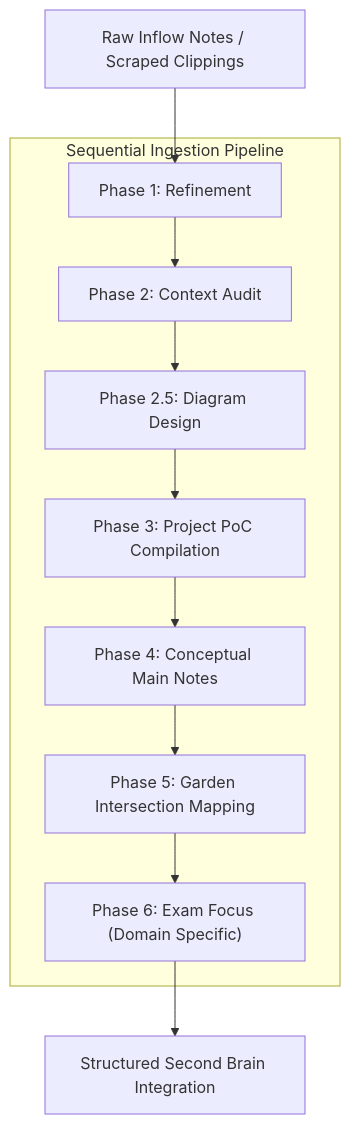
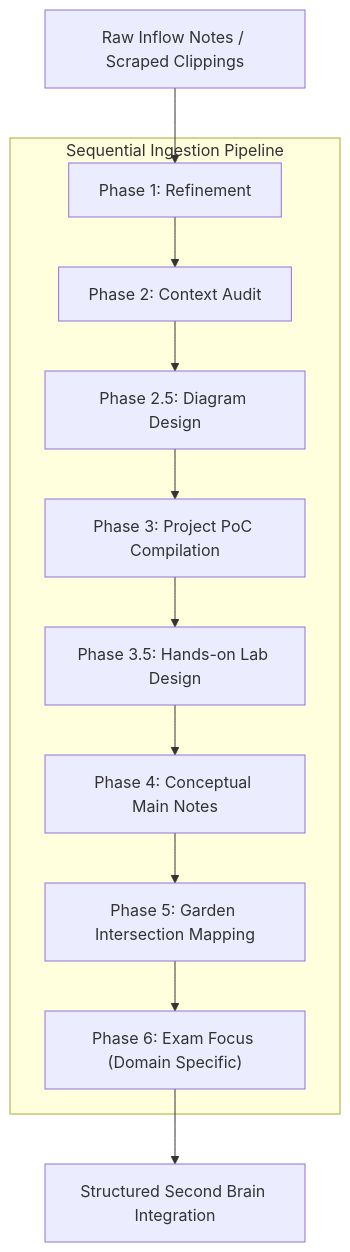
One commit to kmashour/BrainDump changed the diagram in workflow.md. Above: the diagram before and after it, drawn with Mermaid. The commit also changed other lines of this file and 3 other files, not shown here.

Commit message:
docs/feat: add LabArchitectAgent to ingestion pipeline

````diff
--- a/workflow.md
+++ b/workflow.md
@@ -14,15 +14,16 @@
 ```mermaid
 flowchart TD
     Inflow["Raw Inflow Notes / Scraped Clippings"] --> P1["Phase 1: Refinement"]
     
     subgraph Pipeline ["Sequential Ingestion Pipeline"]
         P1 --> P2["Phase 2: Context Audit"]
         P2 --> P25["Phase 2.5: Diagram Design"]
         P25 --> P3["Phase 3: Project PoC Compilation"]
-        P3 --> P4["Phase 4: Conceptual Main Notes"]
+        P3 --> P35["Phase 3.5: Hands-on Lab Design"]
+        P35 --> P4["Phase 4: Conceptual Main Notes"]
         P4 --> P5["Phase 5: Garden Intersection Mapping"]
         P5 --> P6["Phase 6: Exam Focus (Domain Specific)"]
     end
     
     P6 --> Completed["Structured Second Brain Integration"]
 ```
````
